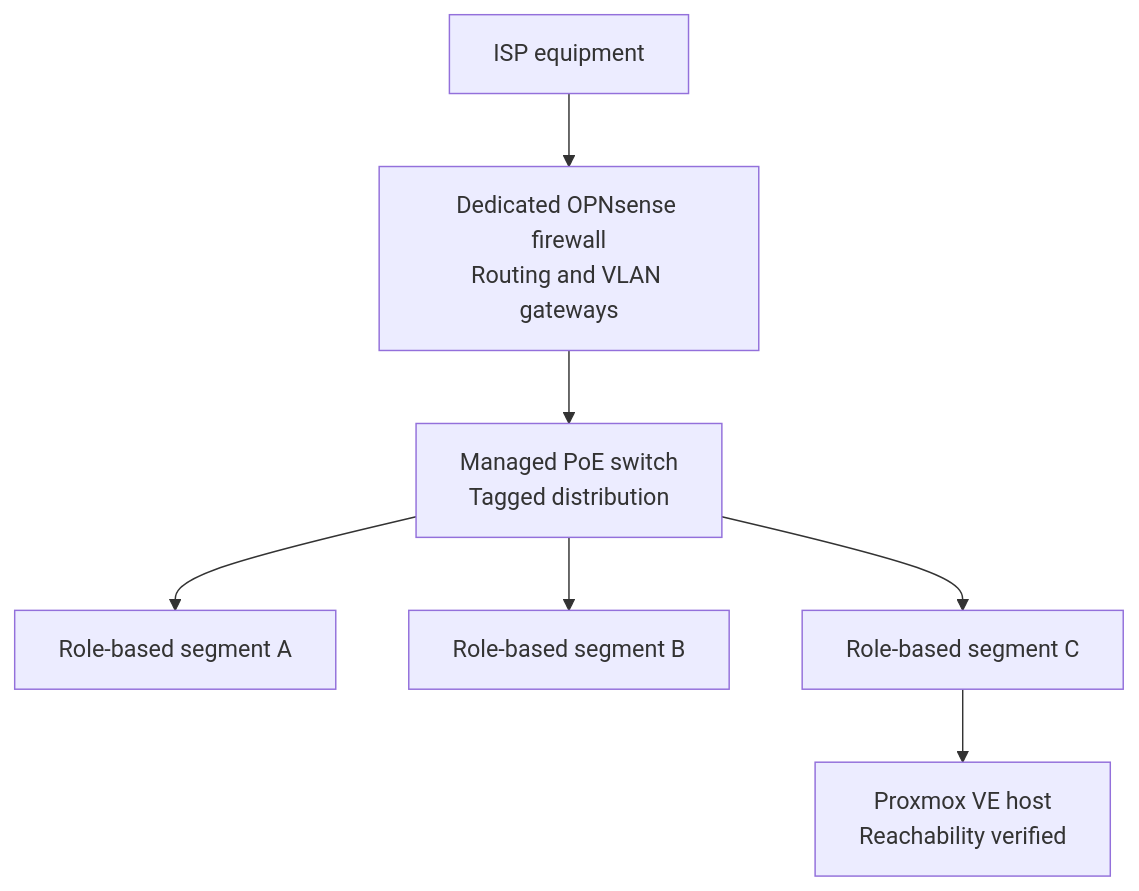
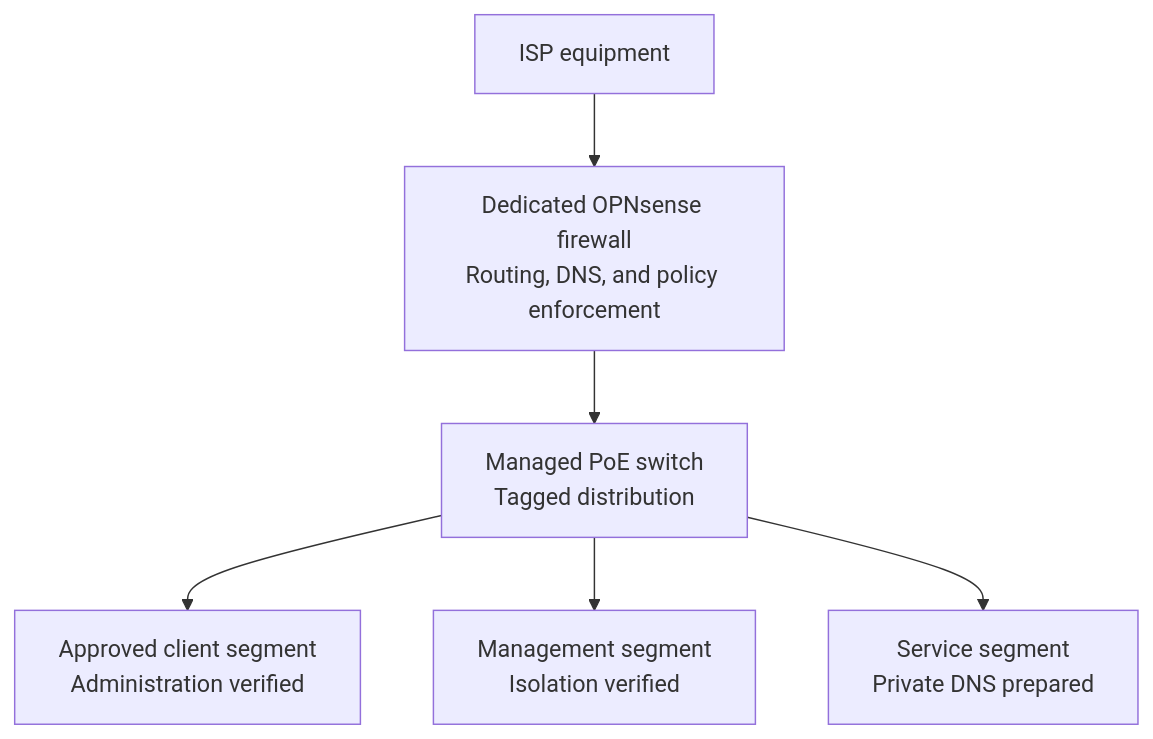
Before and after one commit to DeadPol8789/homelab: the diagram in docs/network-design.md, drawn with Mermaid. The commit also changed other lines of this file and 8 other files, not shown here.

````diff
--- a/docs/network-design.md
+++ b/docs/network-design.md
@@ -28,9 +28,8 @@
 ```mermaid
 flowchart TD
-    ISP["ISP equipment"] --> FW["Dedicated OPNsense firewall<br/>Routing and VLAN gateways"]
+    ISP["ISP equipment"] --> FW["Dedicated OPNsense firewall<br/>Routing, DNS, and policy enforcement"]
     FW --> SW["Managed PoE switch<br/>Tagged distribution"]
-    SW --> SEG_A["Role-based segment A"]
-    SW --> SEG_B["Role-based segment B"]
-    SW --> SEG_C["Role-based segment C"]
-    SEG_C --> PVE["Proxmox VE host<br/>Reachability verified"]
+    SW --> ZONE_A["Approved client segment<br/>Administration verified"]
+    SW --> ZONE_B["Management segment<br/>Isolation verified"]
+    SW --> ZONE_C["Service segment<br/>Private DNS prepared"]
 ```
````
